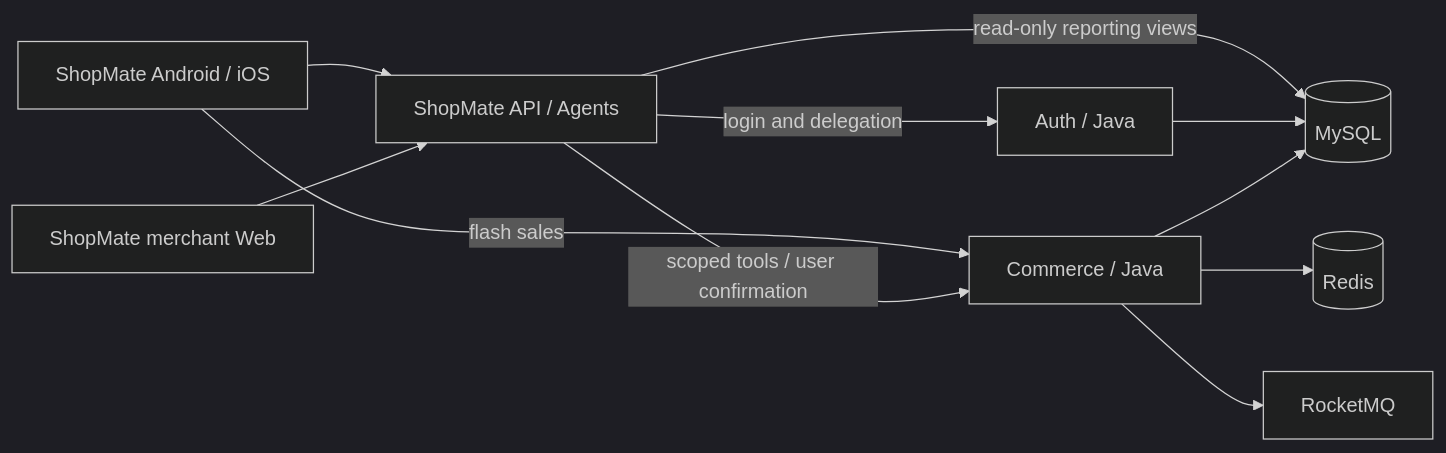
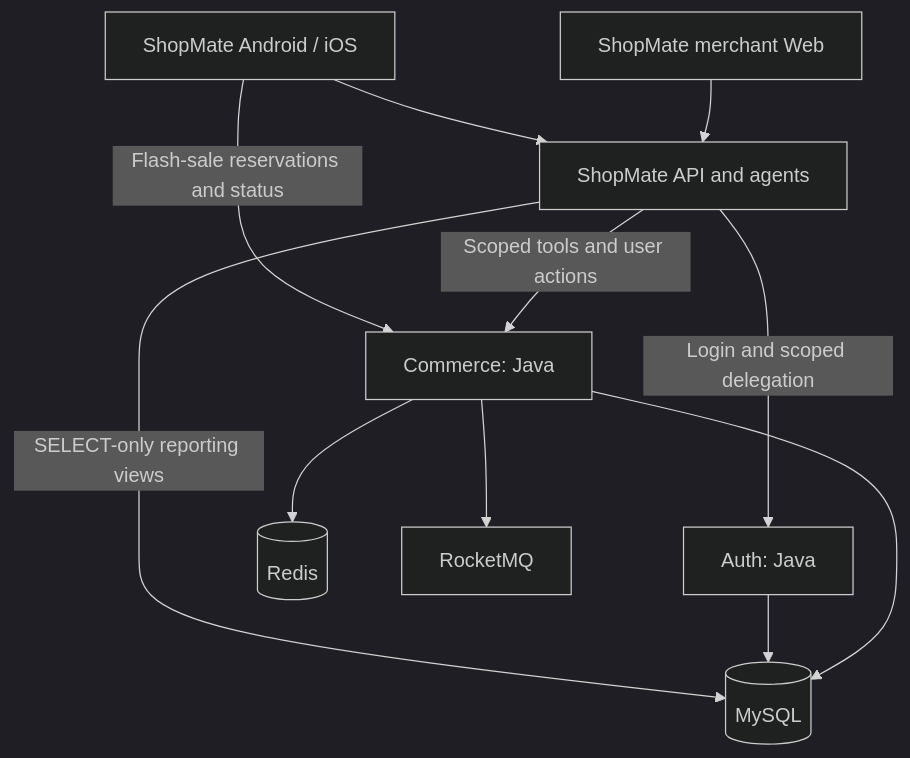
One commit to ChanTso/citybuddy changed the diagram in README.md. Above: the diagram before and after it, drawn with Mermaid (dark theme). The commit also changed other lines of this file and 21 other files, not shown here.

````diff
--- a/README.md
+++ b/README.md
@@ -48,13 +46,13 @@
 ```mermaid
-flowchart LR
-    Client[ShopMate Android / iOS] --> Host[ShopMate API / Agents]
+flowchart TB
+    Client[ShopMate Android / iOS] --> Host[ShopMate API and agents]
     Web[ShopMate merchant Web] --> Host
-    Client -->|flash sales| Commerce[Commerce / Java]
-    Host -->|login and delegation| Auth[Auth / Java]
-    Host -->|scoped tools / user confirmation| Commerce
-    Host -->|read-only reporting views| DB[(MySQL)]
+    Client -->|Flash-sale reservations and status| Commerce[Commerce: Java]
+    Host -->|Login and scoped delegation| Auth[Auth: Java]
+    Host -->|Scoped tools and user actions| Commerce
+    Host -->|SELECT-only reporting views| DB[(MySQL)]
     Auth --> DB
-    Commerce --> DB
+    Commerce ---> DB
     Commerce --> Redis[(Redis)]
     Commerce --> MQ[RocketMQ]
 ```
````
